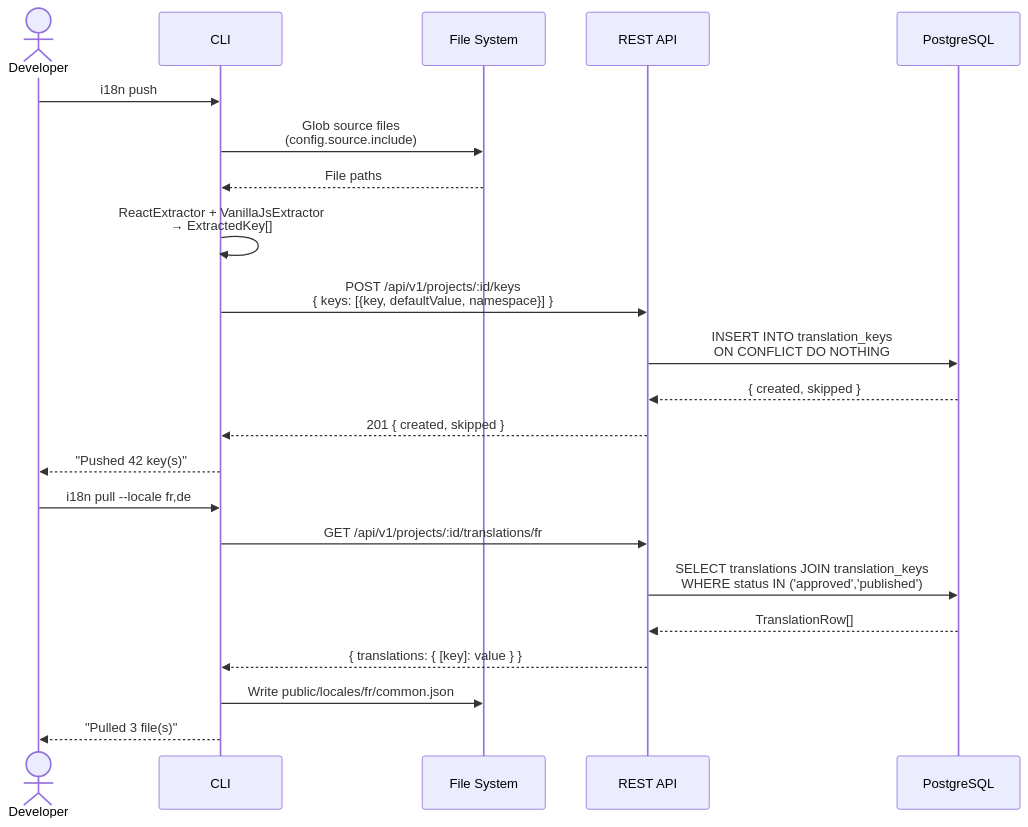
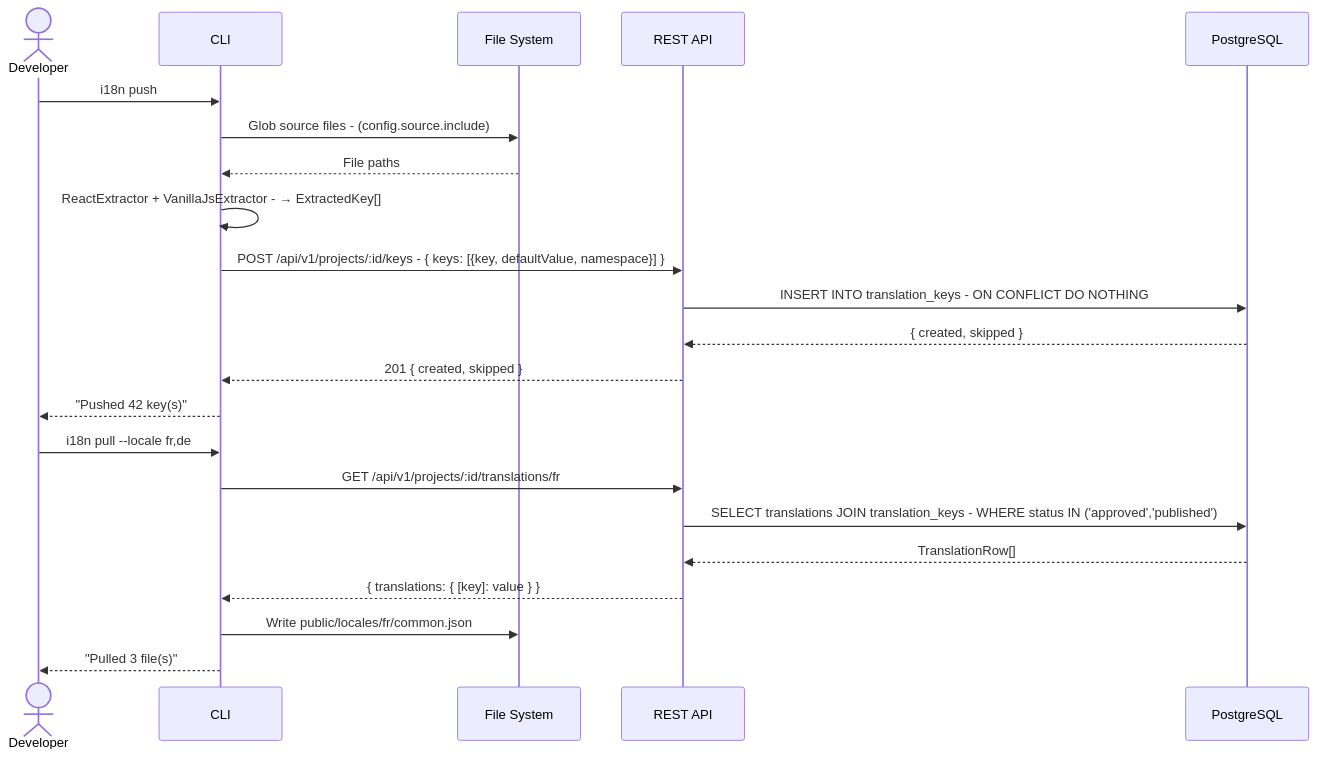
One commit to ayush-jadaun/i18n changed the second of 4 diagrams in docs/HLD.md. Above: the diagram before and after it, drawn with Mermaid. The commit also changed other lines of this file and 1 other file, not shown here.

Commit message:
fix: repair Mermaid diagrams in HLD and LLD for GitHub rendering

````diff
--- a/docs/HLD.md
+++ b/docs/HLD.md
@@ -168,26 +168,26 @@
 ```mermaid
 sequenceDiagram
     actor Dev as Developer
     participant CLI as CLI
     participant FS as File System
     participant API as REST API
     participant DB as PostgreSQL
 
     Dev->>CLI: i18n push
-    CLI->>FS: Glob source files<br/>(config.source.include)
+    CLI->>FS: Glob source files - (config.source.include)
     FS-->>CLI: File paths
-    CLI->>CLI: ReactExtractor + VanillaJsExtractor<br/>→ ExtractedKey[]
-    CLI->>API: POST /api/v1/projects/:id/keys<br/>{ keys: [{key, defaultValue, namespace}] }
-    API->>DB: INSERT INTO translation_keys<br/>ON CONFLICT DO NOTHING
+    CLI->>CLI: ReactExtractor + VanillaJsExtractor - → ExtractedKey[]
+    CLI->>API: POST /api/v1/projects/:id/keys - { keys: [{key, defaultValue, namespace}] }
+    API->>DB: INSERT INTO translation_keys - ON CONFLICT DO NOTHING
     DB-->>API: { created, skipped }
     API-->>CLI: 201 { created, skipped }
     CLI-->>Dev: "Pushed 42 key(s)"
 
     Dev->>CLI: i18n pull --locale fr,de
     CLI->>API: GET /api/v1/projects/:id/translations/fr
-    API->>DB: SELECT translations JOIN translation_keys<br/>WHERE status IN ('approved','published')
+    API->>DB: SELECT translations JOIN translation_keys - WHERE status IN ('approved','published')
     DB-->>API: TranslationRow[]
     API-->>CLI: { translations: { [key]: value } }
     CLI->>FS: Write public/locales/fr/common.json
     CLI-->>Dev: "Pulled 3 file(s)"
 ```
````
